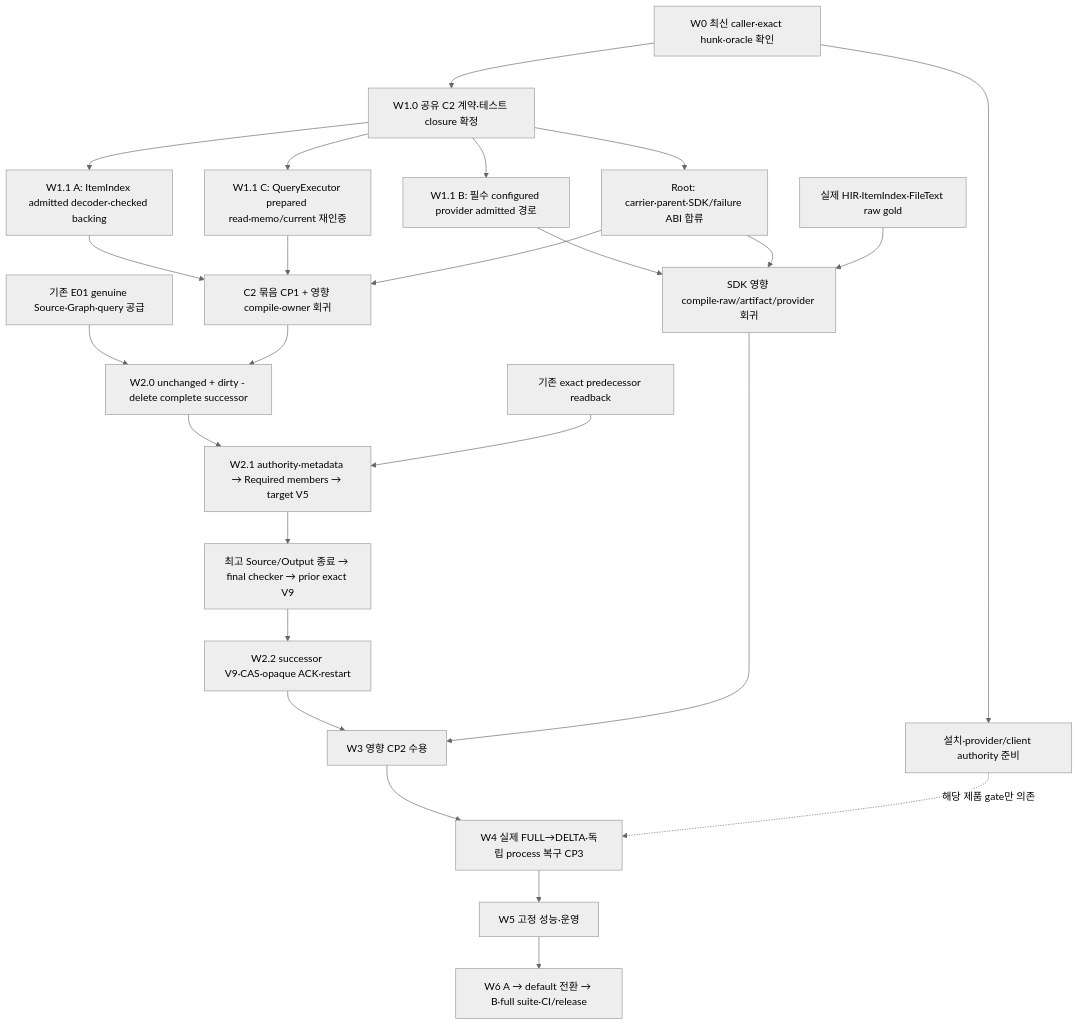
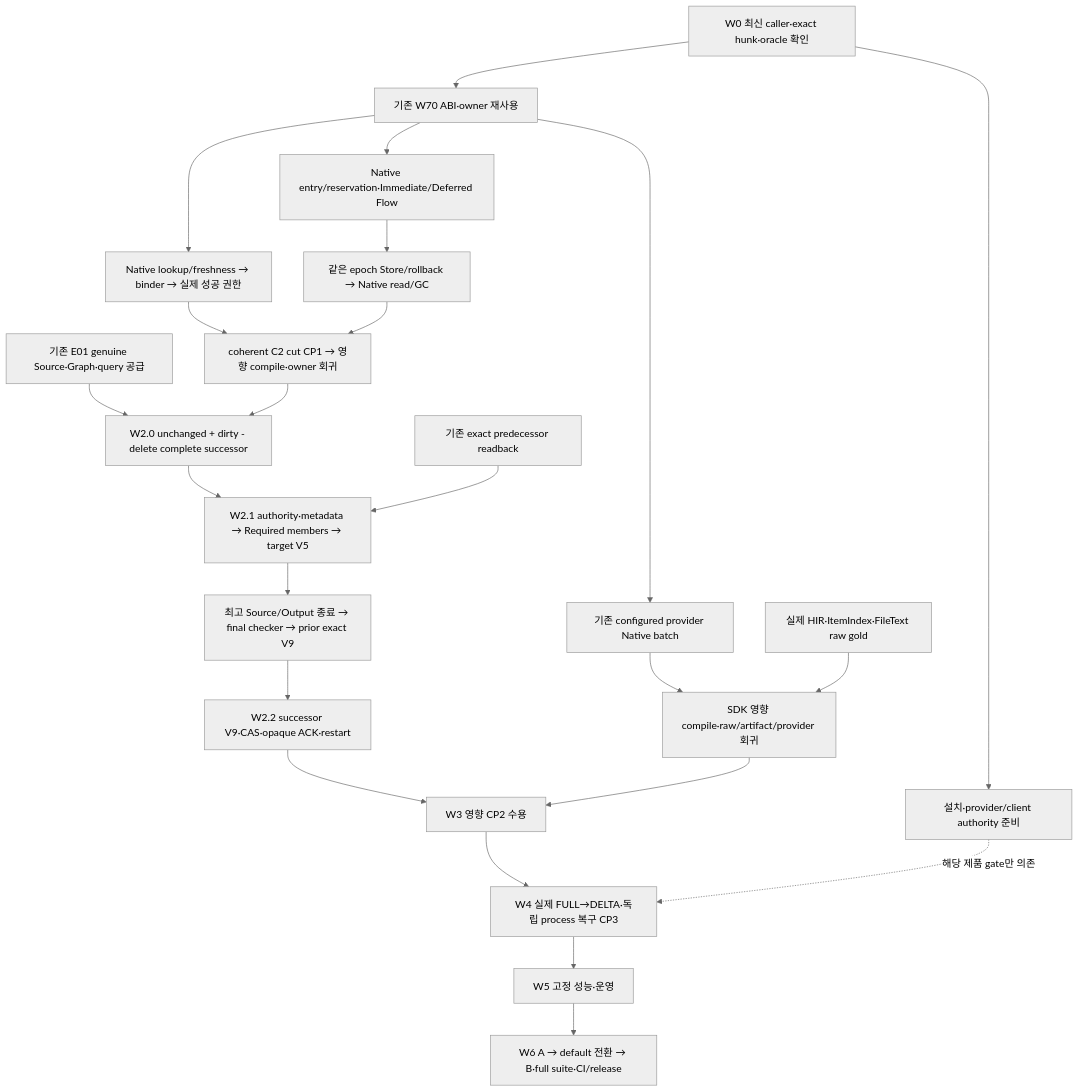
Before and after one commit to josongmin/quanta-index: the second of 2 diagrams in docs/plans/oct-22-finalizing/WAVES.md, drawn with Mermaid (neutral theme). The commit also changed other lines of this file and 483 other files, not shown here.

Commit message:
feat(index): integrate native indexing and query updates

````diff
--- a/docs/plans/oct-22-finalizing/WAVES.md
+++ b/docs/plans/oct-22-finalizing/WAVES.md
@@ -74,27 +118,25 @@
 ```mermaid
 flowchart TD
-    W0["W0 최신 caller·exact hunk·oracle 확인"] --> A["W1.0 공유 C2 계약·테스트 closure 확정"]
-    A --> D["W1.1 A: ItemIndex admitted decoder·checked backing"]
-    A --> E["W1.1 C: QueryExecutor prepared read·memo/current 재인증"]
-    A --> P["W1.1 B: 필수 configured provider admitted 경로"]
-    A --> R["Root: carrier·parent·SDK/failure ABI 합류"]
-    D --> C2CP["C2 묶음 CP1 + 영향 compile·owner 회귀"]
-    E --> C2CP
-    R --> C2CP
+    W0["W0 최신 caller·exact hunk·oracle 확인"] --> A["기존 W70 ABI·owner 재사용"]
+    A --> E["Native lookup/freshness → binder → 실제 성공 권한"]
+    A --> R["Native entry/reservation·Immediate/Deferred Flow"]
+    R --> D["같은 epoch Store/rollback → Native read/GC"]
+    A --> P["기존 configured provider Native batch"]
+    E --> C2CP["coherent C2 cut CP1 → 영향 compile·owner 회귀"]
+    D --> C2CP
     P --> SDKCP["SDK 영향 compile·raw/artifact/provider 회귀"]
-    R --> SDKCP
     RAW["실제 HIR·ItemIndex·FileText raw gold"] --> SDKCP
     E01["기존 E01 genuine Source·Graph·query 공급"] --> S
     C2CP --> S["W2.0 unchanged + dirty - delete complete successor"]
     S --> M["W2.1 authority·metadata → Required members → target V5"]
     C1["기존 exact predecessor readback"] --> M
     M --> F["최고 Source/Output 종료 → final checker → prior exact V9"]
     F --> V["W2.2 successor V9·CAS·opaque ACK·restart"]
     V --> W3["W3 영향 CP2 수용"]
     SDKCP --> W3
     W3 --> W4["W4 실제 FULL→DELTA·독립 process 복구 CP3"]
     W4 --> W5["W5 고정 성능·운영"]
     W5 --> W6["W6 A → default 전환 → B·full suite·CI/release"]
     W0 --> I["설치·provider/client authority 준비"]
     I -. "해당 제품 gate만 의존" .-> W4
 ```
````
